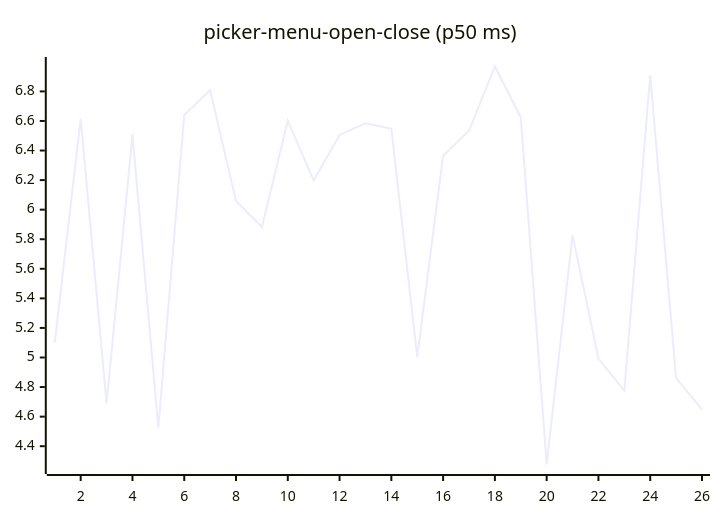
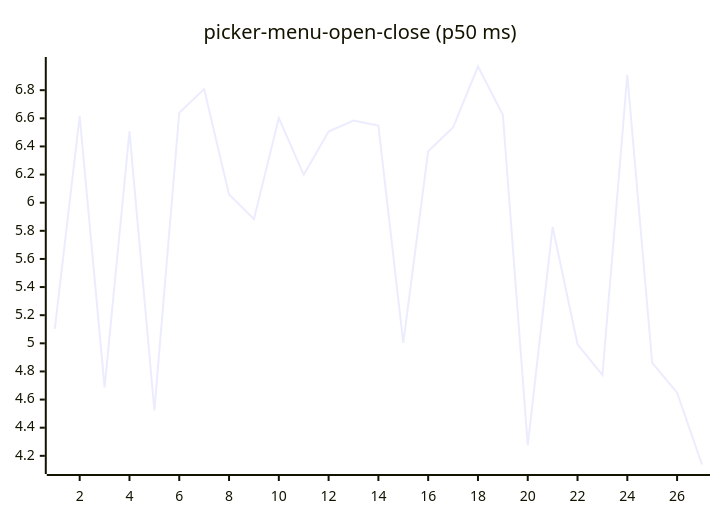
Diagram 16 of 27 in README.md (josha/Facet), drawn with Mermaid before and after one commit. The commit also changed other lines of this file and 2 other files, not shown here.

````diff
--- a/README.md
+++ b/README.md
@@ -168,6 +168,6 @@
 ```mermaid
 xychart-beta
     title "picker-menu-open-close (p50 ms)"
-    x-axis 1 --> 26
-    line [5.1020, 6.6154, 4.6873, 6.5076, 4.5232, 6.6400, 6.8077, 6.0581, 5.8829, 6.6018, 6.1978, 6.5053, 6.5840, 6.5483, 5.0039, 6.3653, 6.5343, 6.9684, 6.6249, 4.2762, 5.8275, 4.9929, 4.7749, 6.9094, 4.8605, 4.6493]
+    x-axis 1 --> 27
+    line [5.1020, 6.6154, 4.6873, 6.5076, 4.5232, 6.6400, 6.8077, 6.0581, 5.8829, 6.6018, 6.1978, 6.5053, 6.5840, 6.5483, 5.0039, 6.3653, 6.5343, 6.9684, 6.6249, 4.2762, 5.8275, 4.9929, 4.7749, 6.9094, 4.8605, 4.6493, 4.1383]
 ```
````
